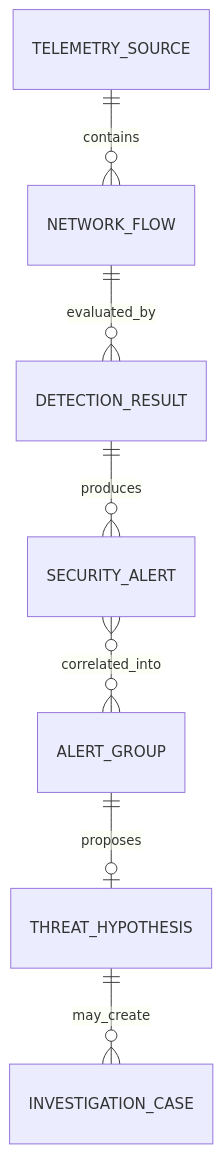
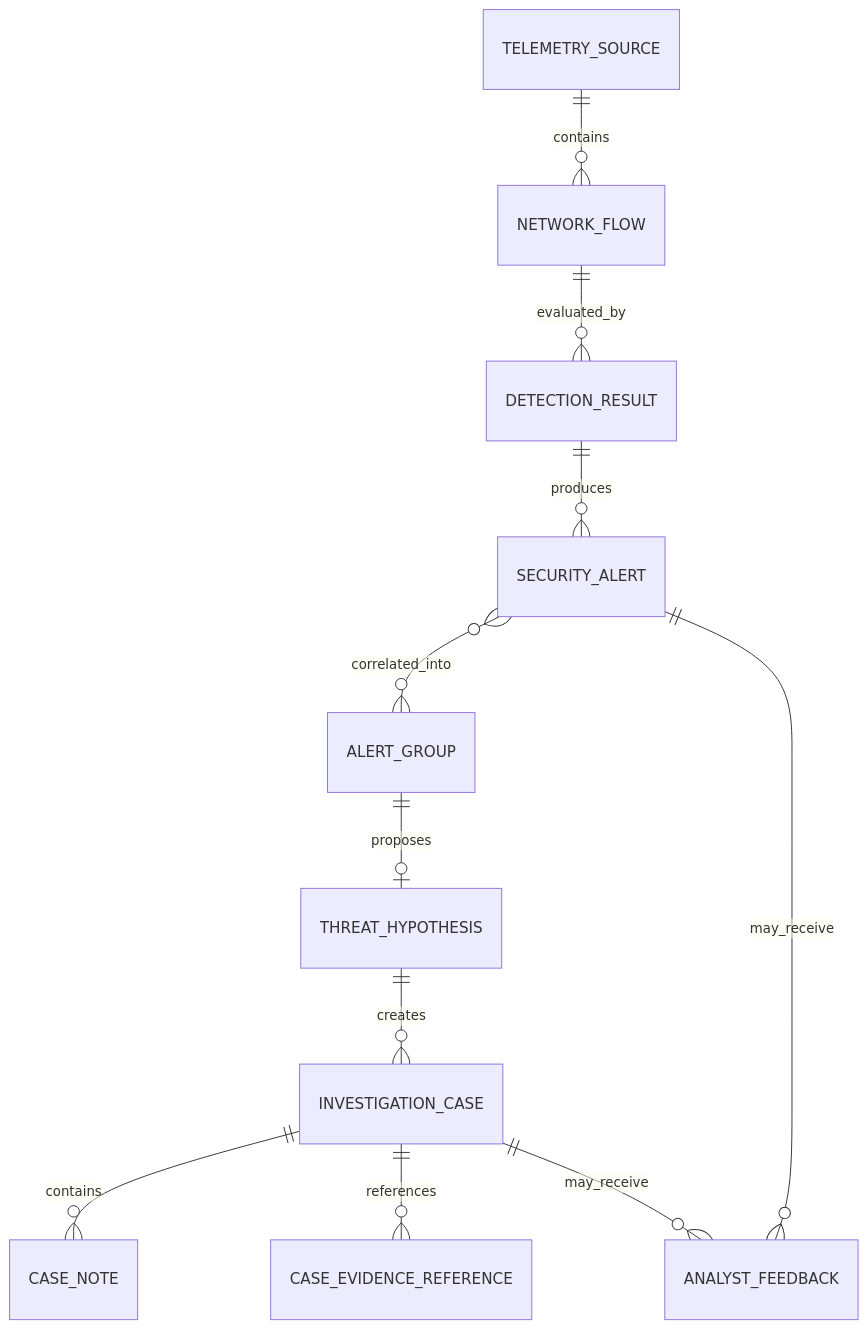
One commit to SaXingrui-UM/aegishunt changed the diagram in docs/data_model.md. Above: the diagram before and after it, drawn with Mermaid. The commit also changed other lines of this file and 58 other files, not shown here.

First line of the commit message:
[Phase 10] Investigation cases and analyst feedback (#31)

````diff
--- a/docs/data_model.md
+++ b/docs/data_model.md
@@ -97,9 +105,13 @@
 ```mermaid
 erDiagram
     TELEMETRY_SOURCE ||--o{ NETWORK_FLOW : contains
     NETWORK_FLOW ||--o{ DETECTION_RESULT : evaluated_by
     DETECTION_RESULT ||--o{ SECURITY_ALERT : produces
     SECURITY_ALERT }o--o{ ALERT_GROUP : correlated_into
     ALERT_GROUP ||--o| THREAT_HYPOTHESIS : proposes
-    THREAT_HYPOTHESIS ||--o{ INVESTIGATION_CASE : may_create
+    THREAT_HYPOTHESIS ||--o{ INVESTIGATION_CASE : creates
+    INVESTIGATION_CASE ||--o{ CASE_NOTE : contains
+    INVESTIGATION_CASE ||--o{ CASE_EVIDENCE_REFERENCE : references
+    INVESTIGATION_CASE ||--o{ ANALYST_FEEDBACK : may_receive
+    SECURITY_ALERT ||--o{ ANALYST_FEEDBACK : may_receive
 ```
````
